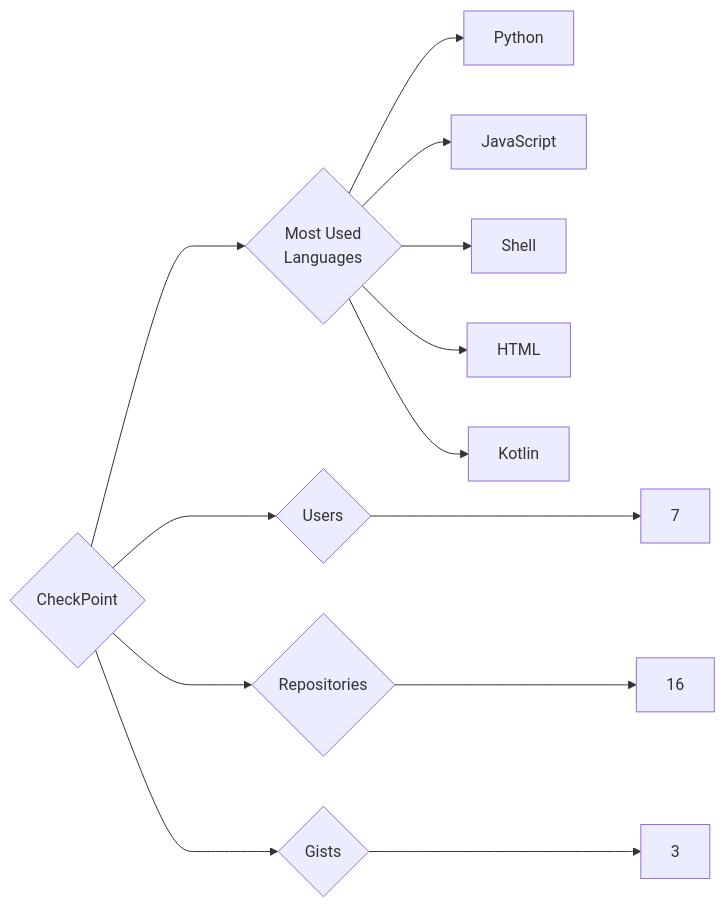
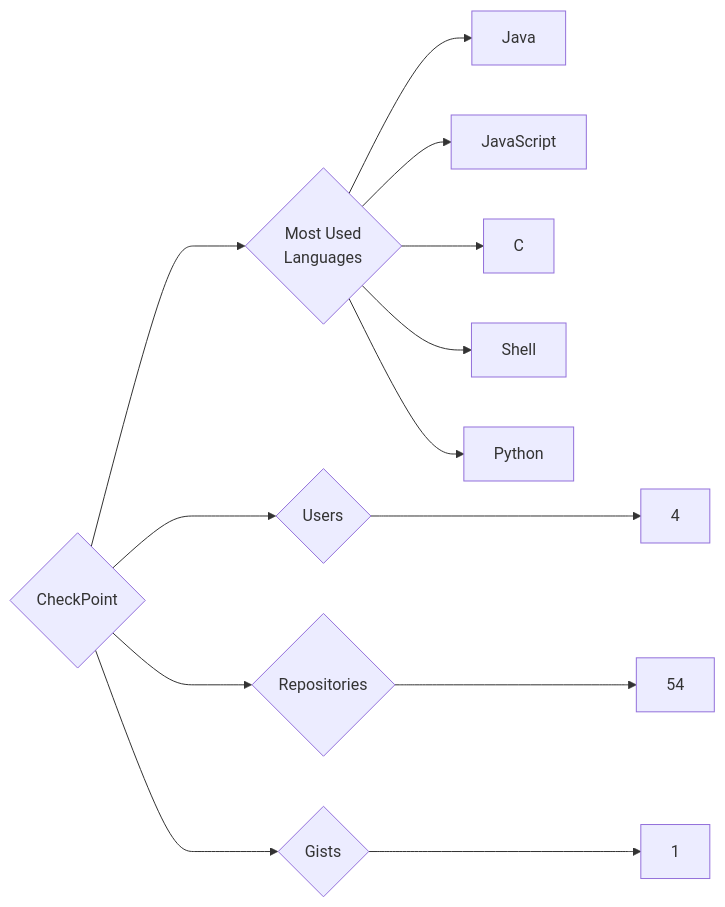
Before and after one commit to trickest/insiders: the diagram in targets/CheckPoint/README.md, drawn with Mermaid. The commit also changed 997 other files, not shown here.

````diff
--- a/targets/CheckPoint/README.md
+++ b/targets/CheckPoint/README.md
@@ -3,13 +3,13 @@
 ```mermaid
 graph LR
 COMPANY_NAME{CheckPoint}
-COMPANY_NAME ---> U{Users} ---> UN[7]
-COMPANY_NAME ---> R{Repositories} ---> RN[16]
-COMPANY_NAME ---> G{Gists} ---> GN[3]
+COMPANY_NAME ---> U{Users} ---> UN[4]
+COMPANY_NAME ---> R{Repositories} ---> RN[54]
+COMPANY_NAME ---> G{Gists} ---> GN[1]
 COMPANY_NAME ---> ML{Most Used<br>Languages}
+ML --> Java[Java]
+ML --> JavaScript[JavaScript]
+ML --> C[C]
+ML --> Shell[Shell]
 ML --> Python[Python]
-ML --> JavaScript[JavaScript]
-ML --> Shell[Shell]
-ML --> HTML[HTML]
-ML --> Kotlin[Kotlin]
 ```
````
